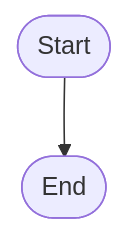
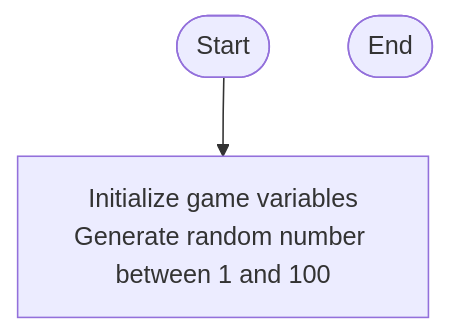
One commit to ArchMagos40000/archmagos.github.io changed the diagram in Guessing.md. Above: the diagram before and after it, drawn with Mermaid.

````diff
--- a/Guessing.md
+++ b/Guessing.md
@@ -3,4 +3,5 @@
 ```mermaid
 flowchart TD
-    Start([Start]) -->  End([End])
+    Start([Start]) --> Init[Initialize game variables\nGenerate random number between 1 and 100]
+ End([End])
 ```
````
